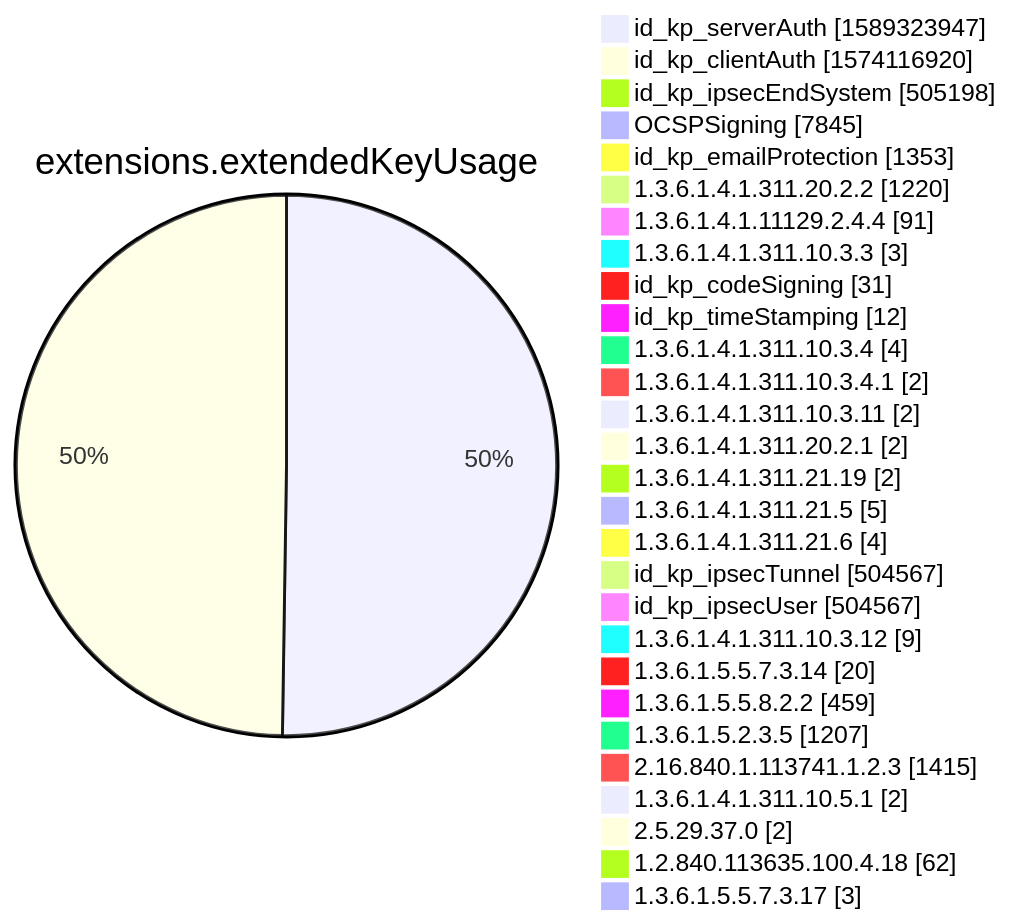
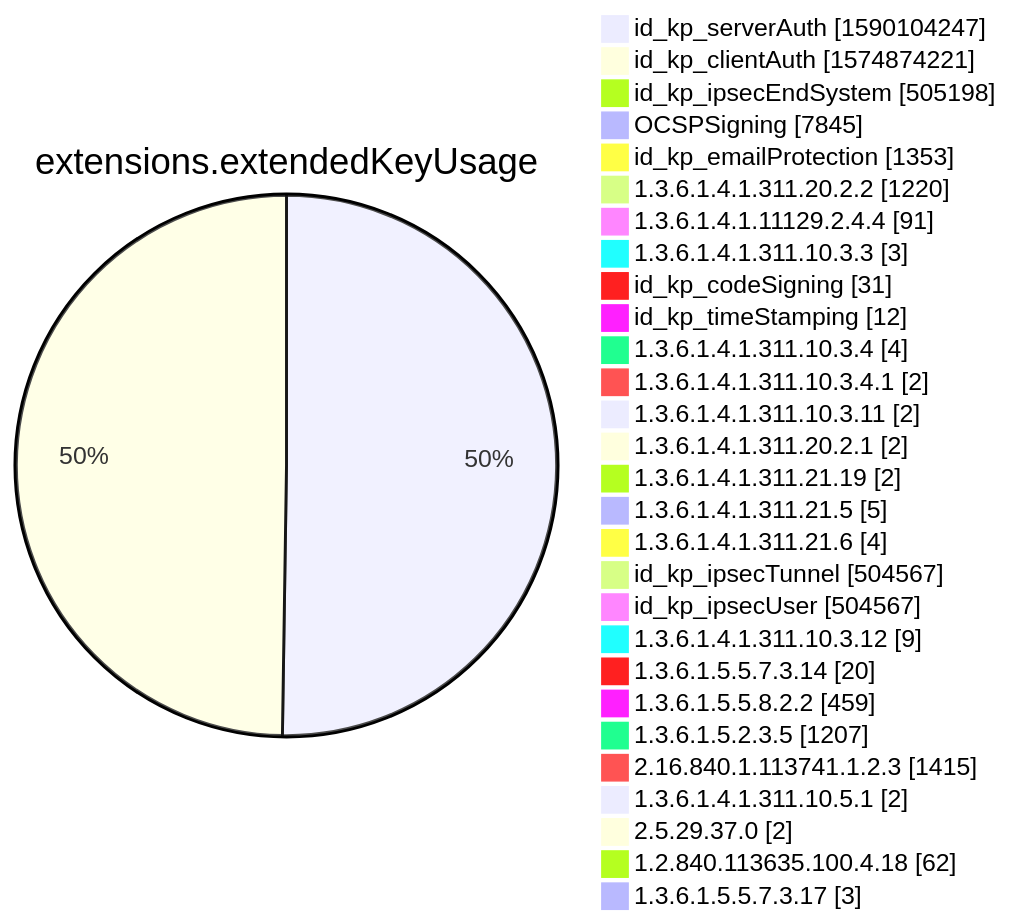
Before and after one commit to christiankrug/ctmonitor_visualization: diagram 12 of 15 in xenon2022/README.md, drawn with Mermaid. The commit also changed other lines of this file, not shown here.

````diff
--- a/xenon2022/README.md
+++ b/xenon2022/README.md
@@ -3884,32 +3885,32 @@
 ```mermaid
 pie showData
 title extensions.extendedKeyUsage
-"id_kp_serverAuth" :1589323947
-"id_kp_clientAuth" :1574116920
+"id_kp_serverAuth" :1590104247
+"id_kp_clientAuth" :1574874221
 "id_kp_ipsecEndSystem" :505198
 "OCSPSigning" :7845
 "id_kp_emailProtection" :1353
 "1.3.6.1.4.1.311.20.2.2" :1220
 "1.3.6.1.4.1.11129.2.4.4" :91
 "1.3.6.1.4.1.311.10.3.3" :3
 "id_kp_codeSigning" :31
 "id_kp_timeStamping" :12
 "1.3.6.1.4.1.311.10.3.4" :4
 "1.3.6.1.4.1.311.10.3.4.1" :2
 "1.3.6.1.4.1.311.10.3.11" :2
 "1.3.6.1.4.1.311.20.2.1" :2
 "1.3.6.1.4.1.311.21.19" :2
 "1.3.6.1.4.1.311.21.5" :5
 "1.3.6.1.4.1.311.21.6" :4
 "id_kp_ipsecTunnel" :504567
 "id_kp_ipsecUser" :504567
 "1.3.6.1.4.1.311.10.3.12" :9
 "1.3.6.1.5.5.7.3.14" :20
 "1.3.6.1.5.5.8.2.2" :459
 "1.3.6.1.5.2.3.5" :1207
 "2.16.840.1.113741.1.2.3" :1415
 "1.3.6.1.4.1.311.10.5.1" :2
 "2.5.29.37.0" :2
 "1.2.840.113635.100.4.18" :62
 "1.3.6.1.5.5.7.3.17" :3
 ```
````
